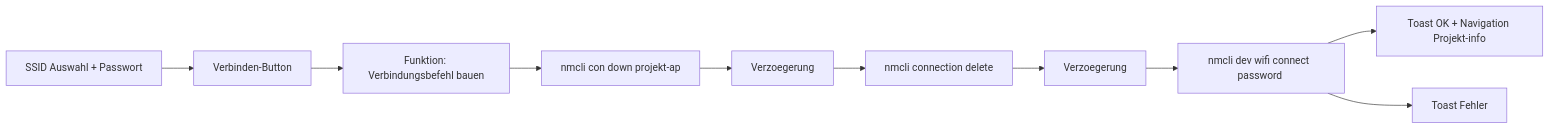
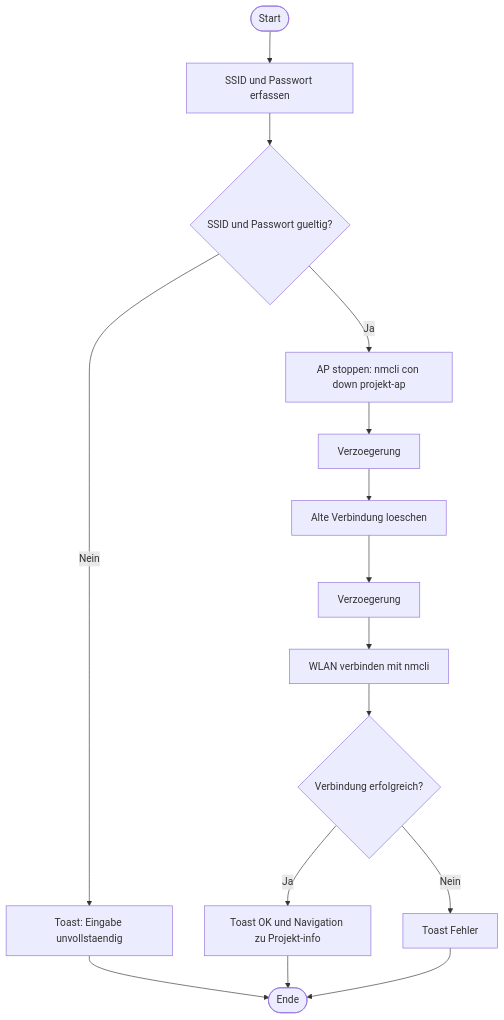
One commit to HerrnDK/Projekt changed diagram 13 of 13 in nodered/flows/FLOW_ARCHITEKTUR_PLAN.md. Above: the diagram before and after it, drawn with Mermaid. The commit also changed other lines of this file, not shown here.

````diff
--- a/nodered/flows/FLOW_ARCHITEKTUR_PLAN.md
+++ b/nodered/flows/FLOW_ARCHITEKTUR_PLAN.md
@@ -265,12 +266,18 @@
 ```mermaid
-flowchart LR
-  A[SSID Auswahl + Passwort] --> B[Verbinden-Button]
-  B --> C[Funktion: Verbindungsbefehl bauen]
-  C --> D[nmcli con down projekt-ap]
-  D --> E[Verzoegerung]
-  E --> F[nmcli connection delete <SSID>]
-  F --> G[Verzoegerung]
-  G --> H[nmcli dev wifi connect <SSID> password <PW>]
-  H --> I[Toast OK + Navigation Projekt-info]
-  H --> J[Toast Fehler]
+flowchart TD
+  S([Start]) --> I0["SSID und Passwort erfassen"]
+  I0 --> D0{"SSID und Passwort gueltig?"}
+  D0 -- Nein --> F0["Toast: Eingabe unvollstaendig"]
+  F0 --> E([Ende])
+
+  D0 -- Ja --> C0["AP stoppen: nmcli con down projekt-ap"]
+  C0 --> C1["Verzoegerung"]
+  C1 --> C2["Alte Verbindung loeschen"]
+  C2 --> C3["Verzoegerung"]
+  C3 --> C4["WLAN verbinden mit nmcli"]
+  C4 --> D1{"Verbindung erfolgreich?"}
+  D1 -- Ja --> OK0["Toast OK und Navigation zu Projekt-info"]
+  D1 -- Nein --> ER0["Toast Fehler"]
+  OK0 --> E
+  ER0 --> E
 ```
````
